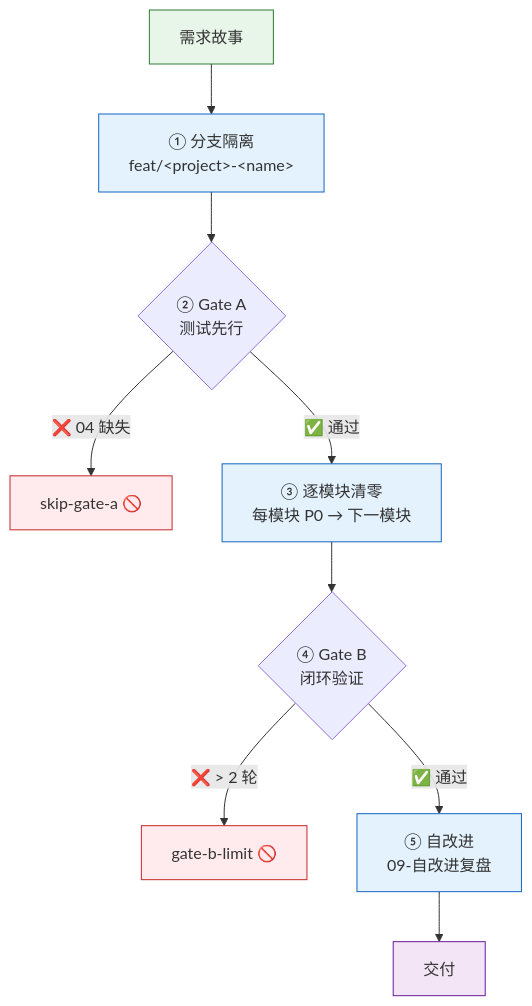
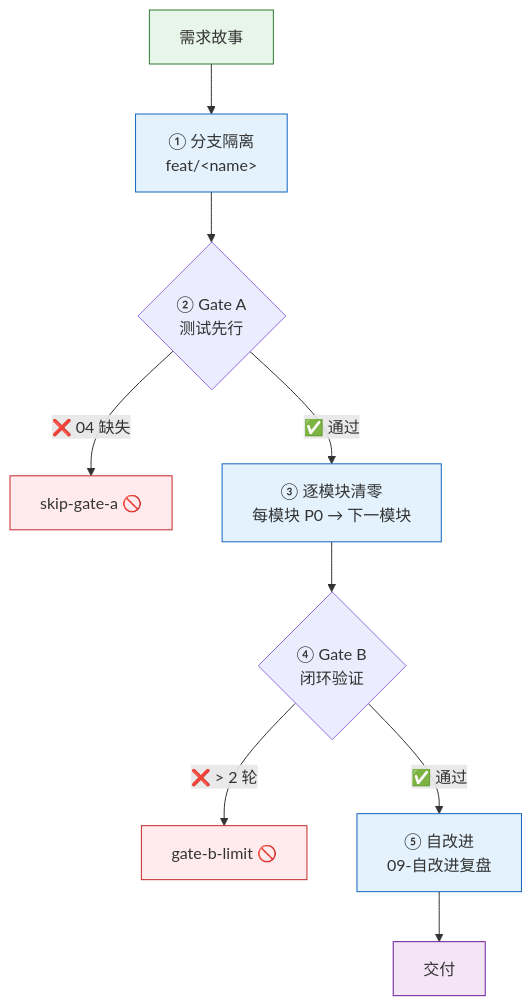
Before and after one commit to effiy/YrY: the first of 9 diagrams in rules/code-pipeline.md, drawn with Mermaid. The commit also changed other lines of this file and 22 other files, not shown here.

````diff
--- a/rules/code-pipeline.md
+++ b/rules/code-pipeline.md
@@ -29,16 +29,16 @@
 ```mermaid
 flowchart TB
-    REQ["需求故事"]:::src --> BR["① 分支隔离<br/>feat/&lt;project&gt;-&lt;name&gt;"]:::phase
+    REQ["需求故事"]:::src --> BR["① 分支隔离<br/>feat/&lt;name&gt;"]:::phase
     BR --> GA{"② Gate A<br/>测试先行"}
     GA -->|"❌ 04 缺失"| X1["skip-gate-a 🚫"]:::block
     GA -->|"✅ 通过"| MOD["③ 逐模块清零<br/>每模块 P0 → 下一模块"]:::phase
     MOD --> GB{"④ Gate B<br/>闭环验证"}
     GB -->|"❌ > 2 轮"| X2["gate-b-limit 🚫"]:::block
     GB -->|"✅ 通过"| SI["⑤ 自改进<br/>09-自改进复盘"]:::phase
     SI --> DONE["交付"]:::done
 
     classDef src fill:#e8f5e9,stroke:#2e7d32;
     classDef phase fill:#e3f2fd,stroke:#1565c0;
     classDef block fill:#ffebee,stroke:#c62828;
     classDef done fill:#f3e5f5,stroke:#6a1b9a;
 ```
````
